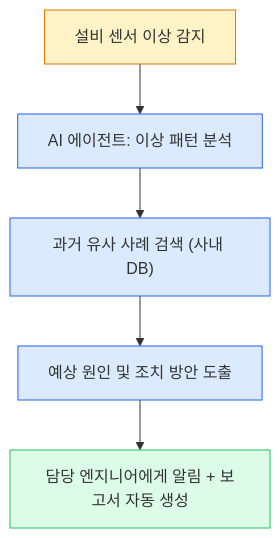
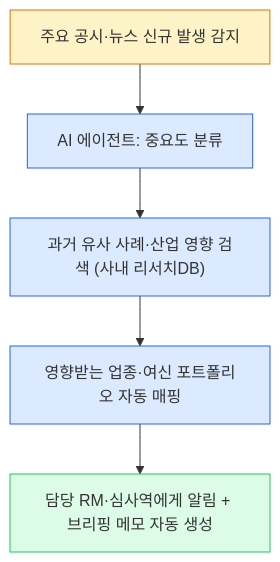
One commit to namojo/ai-edu changed the second of 4 diagrams in site/content/module-2.md. Above: the diagram before and after it, drawn with Mermaid. The commit also changed other lines of this file and 15 other files, not shown here.

````diff
--- a/site/content/module-2.md
+++ b/site/content/module-2.md
@@ -367,12 +385,12 @@
 ```mermaid
 graph TD
-    A["설비 센서 이상 감지"] --> B["AI 에이전트: 이상 패턴 분석"]
-    B --> C["과거 유사 사례 검색 (사내 DB)"]
-    C --> D["예상 원인 및 조치 방안 도출"]
-    D --> E["담당 엔지니어에게 알림 + 보고서 자동 생성"]
+    A["주요 공시·뉴스 신규 발생 감지"] --> B["AI 에이전트: 중요도 분류"]
+    B --> C["과거 유사 사례·산업 영향 검색 (사내 리서치DB)"]
+    C --> D["영향받는 업종·여신 포트폴리오 자동 매핑"]
+    D --> E["담당 RM·심사역에게 알림 + 브리핑 메모 자동 생성"]
     style A fill:#FEF3C7,stroke:#D97706
     style B fill:#DBEAFE,stroke:#2563EB
     style C fill:#DBEAFE,stroke:#2563EB
     style D fill:#DBEAFE,stroke:#2563EB
     style E fill:#DCFCE7,stroke:#22C55E
 ```
````
